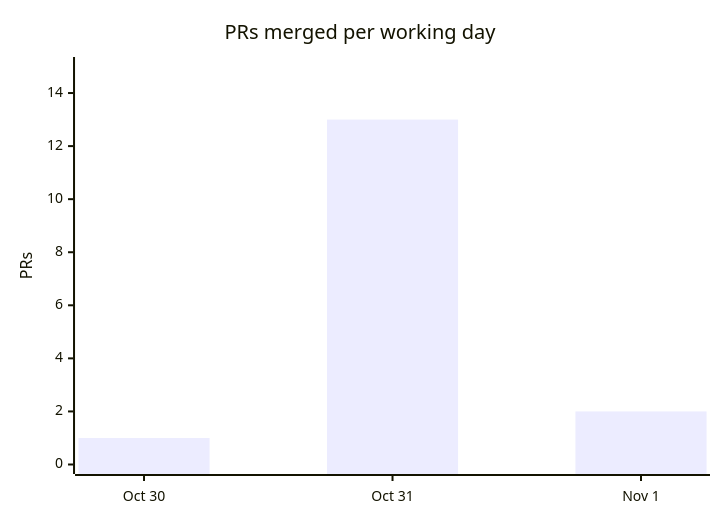
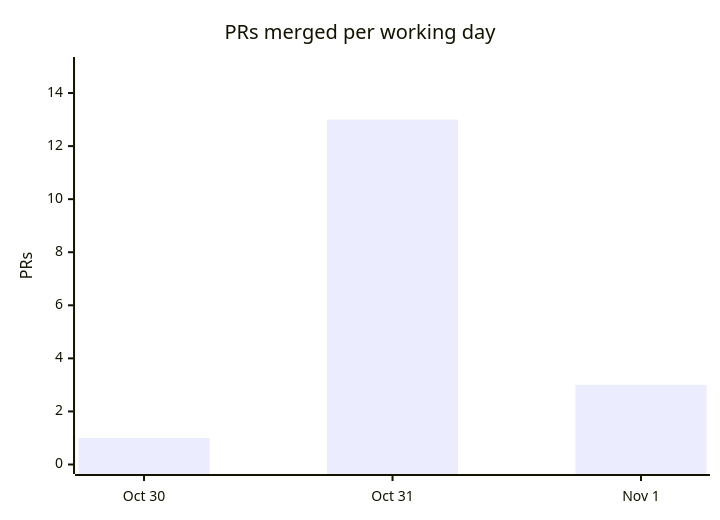
One commit to cmprssd/nfsh changed the fourth of 4 diagrams in docs/OVERVIEW.md. Above: the diagram before and after it, drawn with Mermaid. The commit also changed other lines of this file and 12 other files, not shown here.

````diff
--- a/docs/OVERVIEW.md
+++ b/docs/OVERVIEW.md
@@ -139,7 +139,7 @@
 ```mermaid
 xychart-beta
     title "PRs merged per working day"
     x-axis ["Oct 30", "Oct 31", "Nov 1"]
     y-axis "PRs" 0 --> 15
-    bar [1, 13, 2]
+    bar [1, 13, 3]
 ```
````
